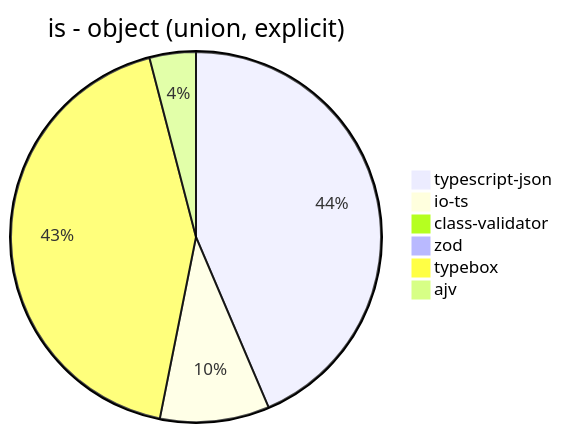
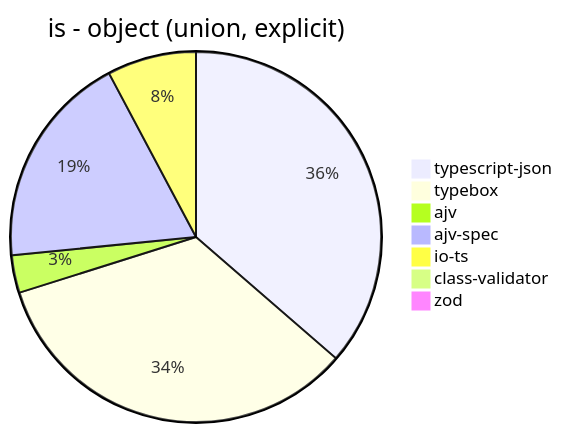
One commit to samchon/typia changed the third of 39 diagrams in benchmark/results/AMD Ryzen 7 3700X 8-Core Processor.md. Above: the diagram before and after it, drawn with Mermaid. The commit also changed other lines of this file and 10 other files, not shown here.

Commit message:
Add ajv-spec benchmarks

````diff
--- a/benchmark/results/AMD Ryzen 7 3700X 8-Core Processor.md
+++ b/benchmark/results/AMD Ryzen 7 3700X 8-Core Processor.md
@@ -43,9 +45,10 @@
 ```mermaid
 pie title is - object (union, explicit)
-  "typescript-json": 10545.989304812834
-  "io-ts": 2309.319715484224
-  "class-validator": 13.430127041742287
-  "zod": 28.11320754716981
-  "typebox": 10360.830424398311
-  "ajv": 978.6652078774617
+  "typescript-json": 10990.792561834267
+  "typebox": 10205.264119904954
+  "ajv": 992.4228423581594
+  "ajv-spec": 5681.200353045013
+  "io-ts": 2349.778270509978
+  "class-validator": 13.155490590169926
+  "zod": 28.506271379703538
 ```
````
